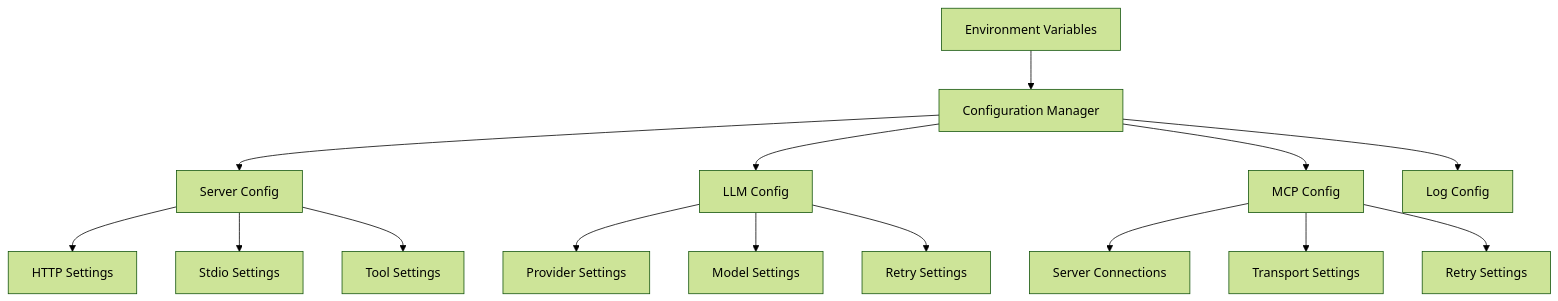
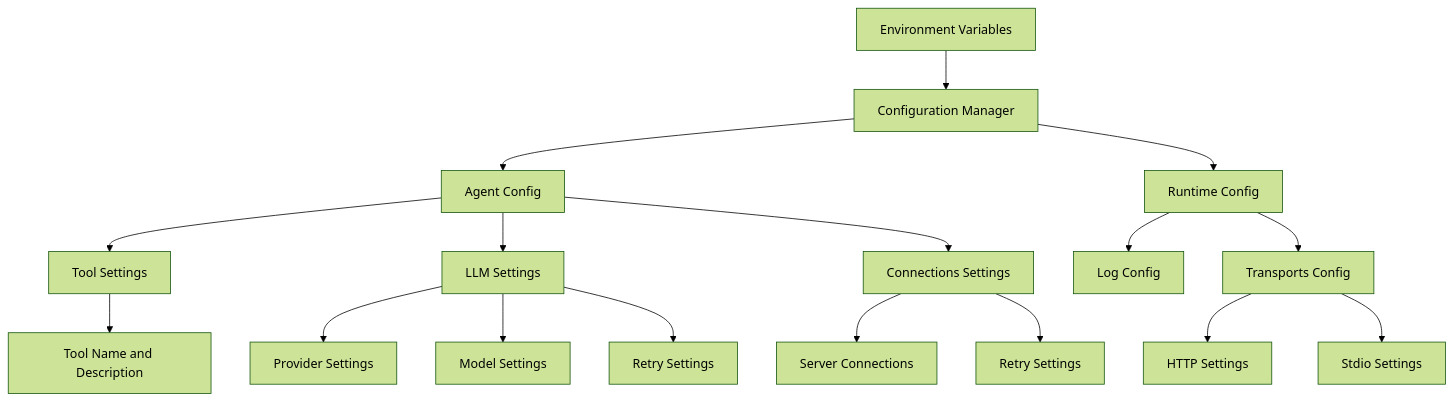
The second of 2 diagrams in documents/architecture.md (korchasa/speelka-agent), drawn with Mermaid (forest theme) before and after one commit. The commit also changed other lines of this file and 3 other files, not shown here.

````diff
--- a/documents/architecture.md
+++ b/documents/architecture.md
@@ -206,17 +209,19 @@
 ```mermaid
 graph TD
     A[Environment Variables] --> B[Configuration Manager]
-    B --> C[Server Config]
-    B --> D[LLM Config]
-    B --> E[MCP Config]
-    B --> F[Log Config]
-    C --> G[HTTP Settings]
-    C --> H[Stdio Settings]
+    B --> C[Agent Config]
+    B --> D[Runtime Config]
     C --> I[Tool Settings]
-    D --> J[Provider Settings]
-    D --> K[Model Settings]
-    D --> L[Retry Settings]
-    E --> M[Server Connections]
-    E --> N[Transport Settings]
-    E --> O[Retry Settings]
+    C --> J[LLM Settings]
+    C --> K[Connections Settings]
+    D --> E[Log Config]
+    D --> F[Transports Config]
+    I --> L[Tool Name and Description]
+    J --> M[Provider Settings]
+    J --> N[Model Settings]
+    J --> O[Retry Settings]
+    K --> P[Server Connections]
+    K --> Q[Retry Settings]
+    F --> R[HTTP Settings]
+    F --> S[Stdio Settings]
 ```
````
